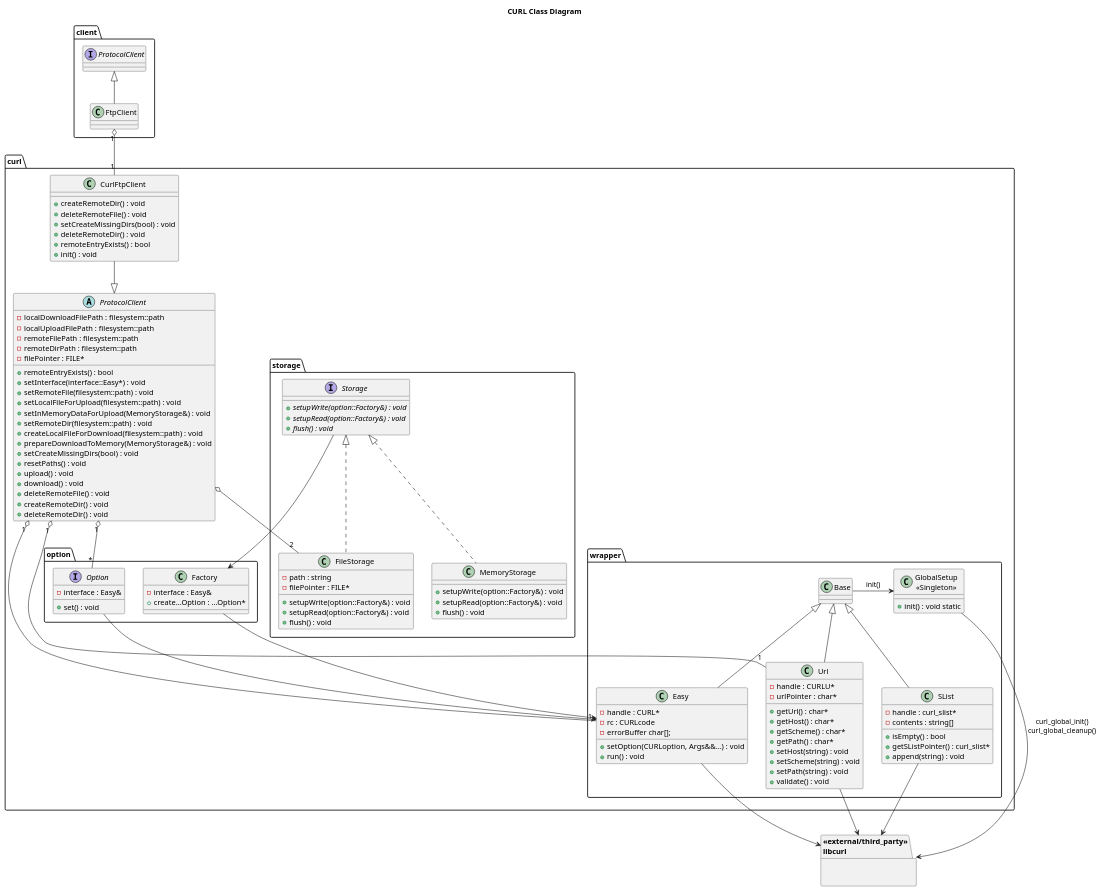
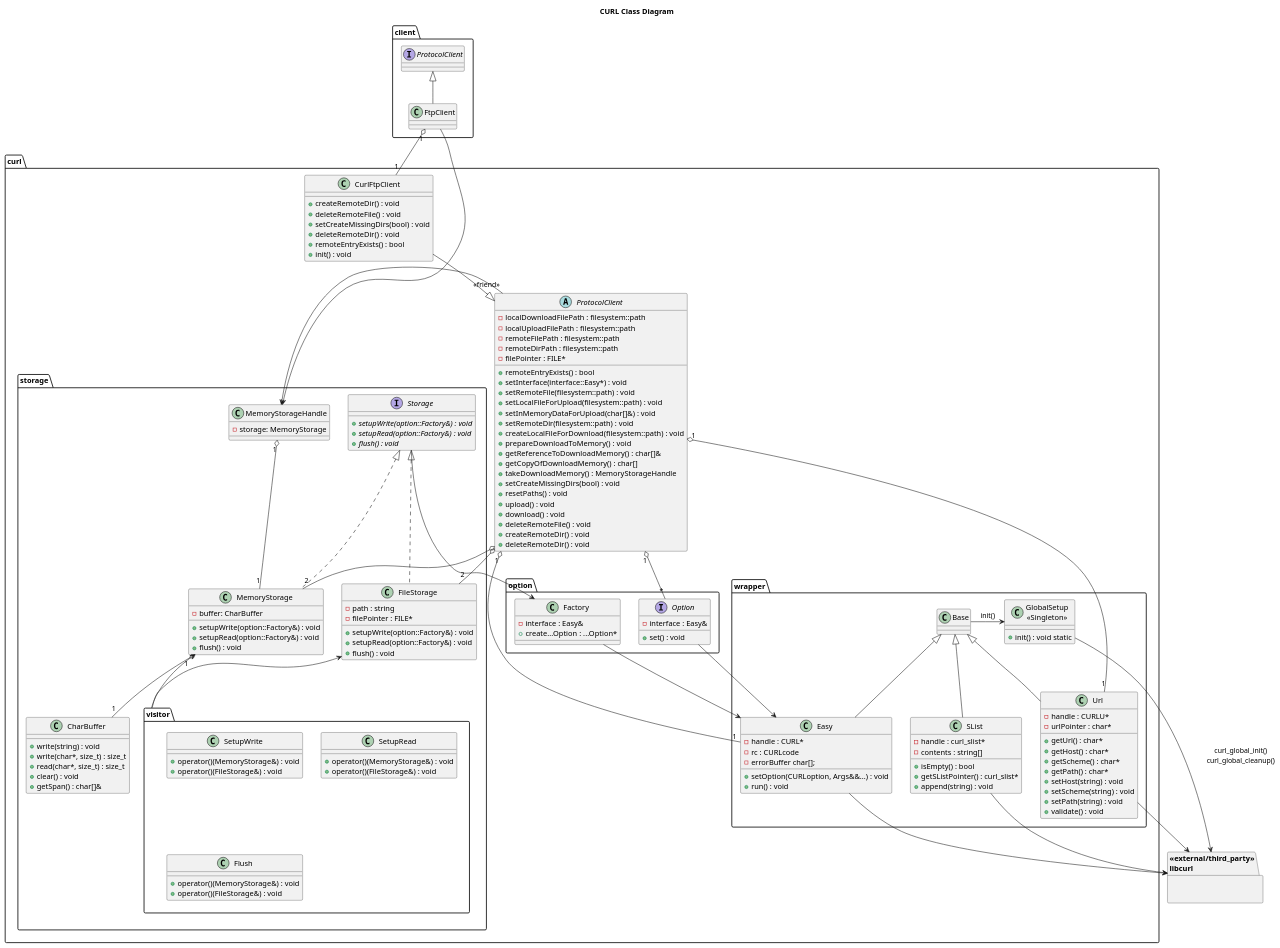
The diagram in libfilesync/curl/doc/class.puml (kfpgk/libfilesync), drawn with PlantUML before and after one commit.

Commit message:
Add memory storage relations to curl class diagram

```diff
--- a/libfilesync/curl/doc/class.puml
+++ b/libfilesync/curl/doc/class.puml
@@ -1,140 +1,177 @@
 @startuml curl-class-diagram
 
 title CURL Class Diagram
 
 package client {
 
     interface ProtocolClient
     class FtpClient
 
 }
 
 package curl {
     abstract class "ProtocolClient" as CurlProtocolClient {
         - localDownloadFilePath : filesystem::path
         - localUploadFilePath : filesystem::path 
         - remoteFilePath : filesystem::path 
         - remoteDirPath : filesystem::path
         - filePointer : FILE*
         + remoteEntryExists() : bool
         + setInterface(interface::Easy*) : void
         + setRemoteFile(filesystem::path) : void
         + setLocalFileForUpload(filesystem::path) : void
-        + setInMemoryDataForUpload(MemoryStorage&) : void
+        + setInMemoryDataForUpload(char[]&) : void
         + setRemoteDir(filesystem::path) : void
         + createLocalFileForDownload(filesystem::path) : void
-        + prepareDownloadToMemory(MemoryStorage&) : void
+        + prepareDownloadToMemory() : void
+        + getReferenceToDownloadMemory() : char[]&
+        + getCopyOfDownloadMemory() : char[]
+        + takeDownloadMemory() : MemoryStorageHandle
         + setCreateMissingDirs(bool) : void
         + resetPaths() : void
         + upload() : void
         + download() : void
         + deleteRemoteFile() : void
         + createRemoteDir() : void
         + deleteRemoteDir() : void       
     }
     class "CurlFtpClient" as CurlFtpClient {
         + createRemoteDir() : void
         + deleteRemoteFile() : void
         + setCreateMissingDirs(bool) : void
         + deleteRemoteDir() : void
         + remoteEntryExists() : bool
         + init() : void
     }
     package storage {
-        interface Storage {
+        interface "Storage" as Storage {
             + {abstract} setupWrite(option::Factory&) : void
             + {abstract} setupRead(option::Factory&) : void
             + {abstract} flush() : void
         }
         class "FileStorage" as FileStorage {
             - path : string
             - filePointer : FILE*
             + setupWrite(option::Factory&) : void
             + setupRead(option::Factory&) : void
             + flush() : void
         }
         class "MemoryStorage" as MemoryStorage {
+            - buffer: CharBuffer
             + setupWrite(option::Factory&) : void
             + setupRead(option::Factory&) : void
             + flush() : void
+        }
+        class "CharBuffer" as CharBuffer {
+            + write(string) : void
+            + write(char*, size_t) : size_t
+            + read(char*, size_t) : size_t
+            + clear() : void
+            + getSpan() : char[]&           
+        }
+        class "MemoryStorageHandle" as MemoryStorageHandle {
+            - storage: MemoryStorage
+        }
+        package visitor {
+            class SetupWrite {
+                + operator()(MemoryStorage&) : void
+                + operator()(FileStorage&) : void
+            }
+            class SetupRead {
+                + operator()(MemoryStorage&) : void
+                + operator()(FileStorage&) : void
+            }
+            class Flush {
+                + operator()(MemoryStorage&) : void
+                + operator()(FileStorage&) : void
+            }
         }
     }
     package wrapper {
         class "Url" as CurlUrl {
             - handle : CURLU*
             - urlPointer : char*
             + getUrl() : char*
             + getHost() : char*
             + getScheme() : char*
             + getPath() : char*
             + setHost(string) : void
             + setScheme(string) : void
             + setPath(string) : void
             + validate() : void
         }
         class "SList" as CurlSList {
             - handle : curl_slist*
             - contents : string[]
             + isEmpty() : bool
             + getSListPointer() : curl_slist*
             + append(string) : void
         }
         class "Easy" as CurlEasy {
             - handle : CURL*
             - rc : CURLcode
             - errorBuffer char[];
             + setOption(CURLoption, Args&&...) : void
             + run() : void
         }
         class "GlobalSetup\n<<Singleton>>" as CurlGlobalSetup {
             + init() : void static
         }
         class "Base" as CurlBase
     }
 
     package option {
         class "Factory" as Factory {
             - interface : Easy&
             + create...Option : ...Option*
         }
         interface "Option" as CurlOption {
             - interface : Easy&
             + set() : void
         }
     }
 
 }
 
 
 package "<<external/third_party>>\nlibcurl" as libcurl {
 
 }
 
 CurlBase <|-- CurlEasy  
 CurlBase <|-- CurlUrl
 CurlBase <|-- CurlSList
 CurlBase -> CurlGlobalSetup : init()
 
 ProtocolClient <|-- FtpClient
 
 FtpClient "1" o-- "1" CurlFtpClient
 CurlFtpClient --|> CurlProtocolClient
 CurlProtocolClient "1" o-- "1" CurlUrl
 CurlProtocolClient o-- "2" FileStorage
+CurlProtocolClient o-- "2" MemoryStorage
 Storage <|.. MemoryStorage
 Storage <|.. FileStorage
+MemoryStorage "1" o-- "1" CharBuffer
+MemoryStorageHandle "1" o-- "1" MemoryStorage
+FtpClient --> MemoryStorageHandle 
+
+FileStorage <-- visitor
+MemoryStorage <-- visitor
+
+MemoryStorageHandle <- "<<friend>>" CurlProtocolClient 
 
 Factory -> CurlEasy
 
 Storage --> Factory
 CurlOption --> CurlEasy
 CurlProtocolClient "1" o-- "*" CurlOption
 
 CurlProtocolClient "1" o-- "1" CurlEasy
 
 CurlUrl --> libcurl
 CurlSList --> libcurl
 CurlEasy --> libcurl
 CurlGlobalSetup --> libcurl : curl_global_init()\ncurl_global_cleanup()
 
 @enduml
```
